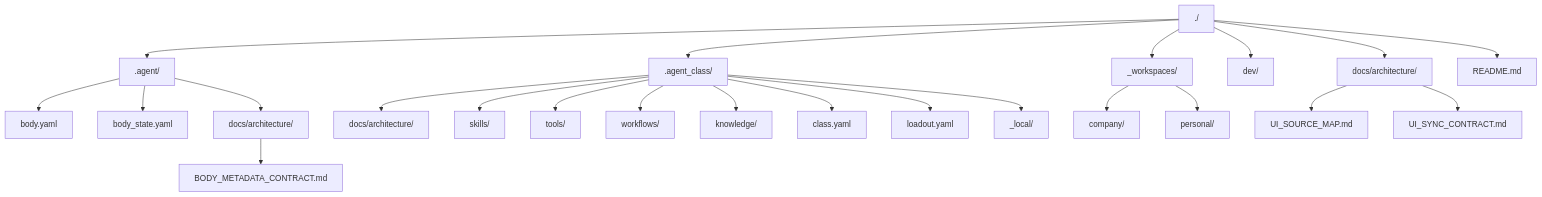
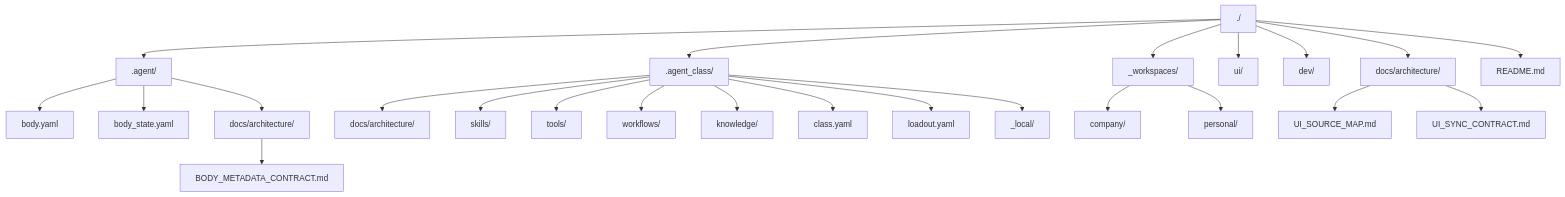
Before and after one commit to SungYongMOON/soulforge: the diagram in docs/architecture/TARGET_TREE.md, drawn with Mermaid. The commit also changed other lines of this file and 17 other files, not shown here.

````diff
--- a/docs/architecture/TARGET_TREE.md
+++ b/docs/architecture/TARGET_TREE.md
@@ -5,25 +5,26 @@
 ```mermaid
 flowchart TD
   Root["./"] --> A[".agent/"]
   Root --> C[".agent_class/"]
   Root --> W["_workspaces/"]
+  Root --> U["ui/"]
   Root --> V["dev/"]
   Root --> D["docs/architecture/"]
   Root --> R["README.md"]
   A --> AY["body.yaml"]
   A --> AS["body_state.yaml"]
   A --> AD["docs/architecture/"]
   AD --> AB["BODY_METADATA_CONTRACT.md"]
   C --> CD["docs/architecture/"]
   C --> SK["skills/"]
   C --> TL["tools/"]
   C --> WF["workflows/"]
   C --> KN["knowledge/"]
   C --> CY["class.yaml"]
   C --> LY["loadout.yaml"]
   C --> CL["_local/"]
   W --> WC["company/"]
   W --> WP["personal/"]
   D --> DS["UI_SOURCE_MAP.md"]
   D --> DC["UI_SYNC_CONTRACT.md"]
 ```
````
